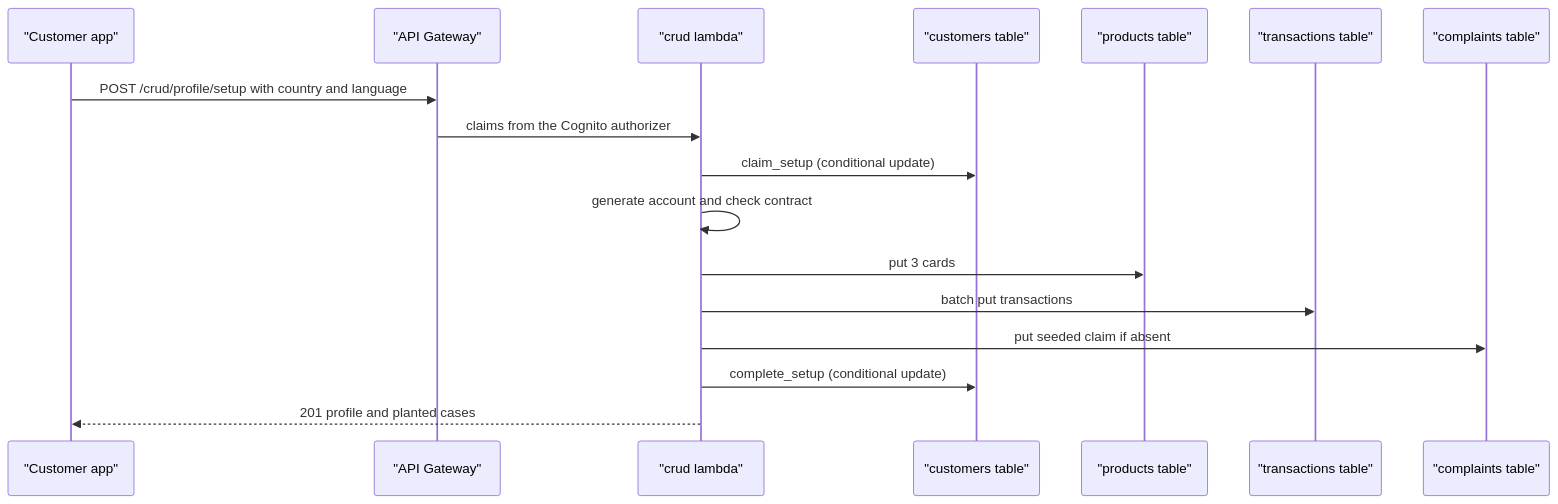
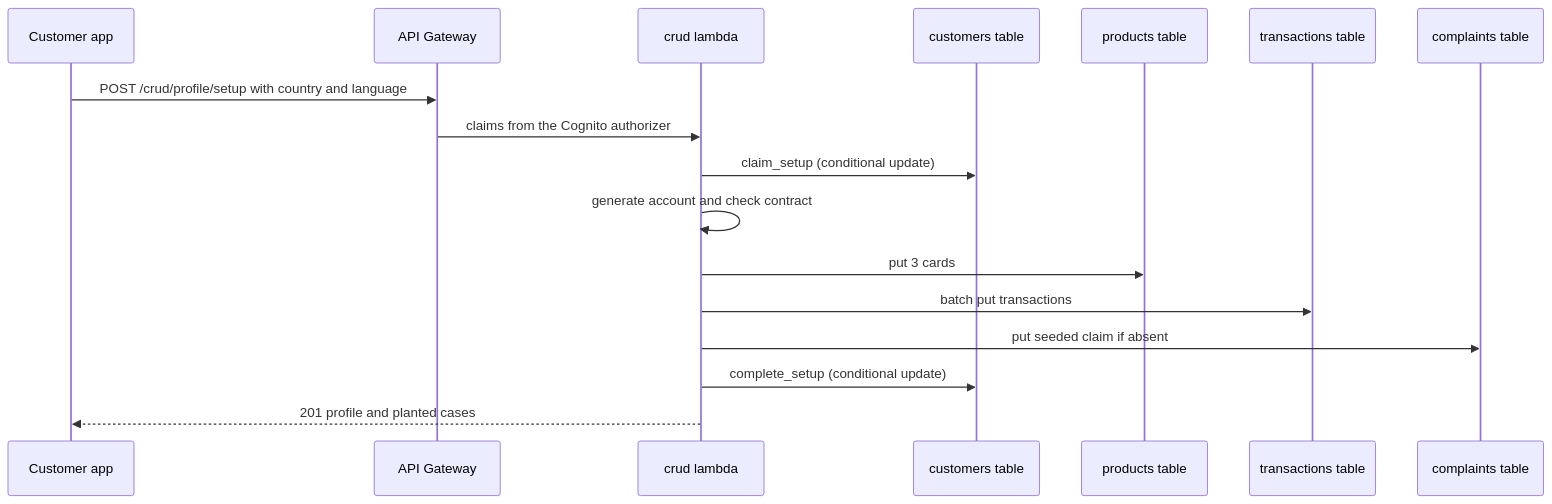
Before and after one commit to Team-ACGS/factored-hackathon-2026-acgs: the tenth of 17 diagrams in docs/modules/assistant/flows.md, drawn with Mermaid. The commit also changed other lines of this file and 6 other files, not shown here.

Commit message:
docs(assistant,cases,data,identity,messaging): reviewer findings on flows and readme, round 2

````diff
--- a/docs/modules/assistant/flows.md
+++ b/docs/modules/assistant/flows.md
@@ -337,19 +345,19 @@
 ```mermaid
 sequenceDiagram
-  participant App as "Customer app"
-  participant Gateway as "API Gateway"
-  participant Crud as "crud lambda"
-  participant Customers as "customers table"
-  participant Products as "products table"
-  participant Transactions as "transactions table"
-  participant Complaints as "complaints table"
+  participant App as Customer app
+  participant Gateway as API Gateway
+  participant Crud as crud lambda
+  participant Customers as customers table
+  participant Products as products table
+  participant Transactions as transactions table
+  participant Complaints as complaints table
   App->>Gateway: POST /crud/profile/setup with country and language
   Gateway->>Crud: claims from the Cognito authorizer
   Crud->>Customers: claim_setup (conditional update)
   Crud->>Crud: generate account and check contract
   Crud->>Products: put 3 cards
   Crud->>Transactions: batch put transactions
   Crud->>Complaints: put seeded claim if absent
   Crud->>Customers: complete_setup (conditional update)
   Crud-->>App: 201 profile and planted cases
 ```
````
